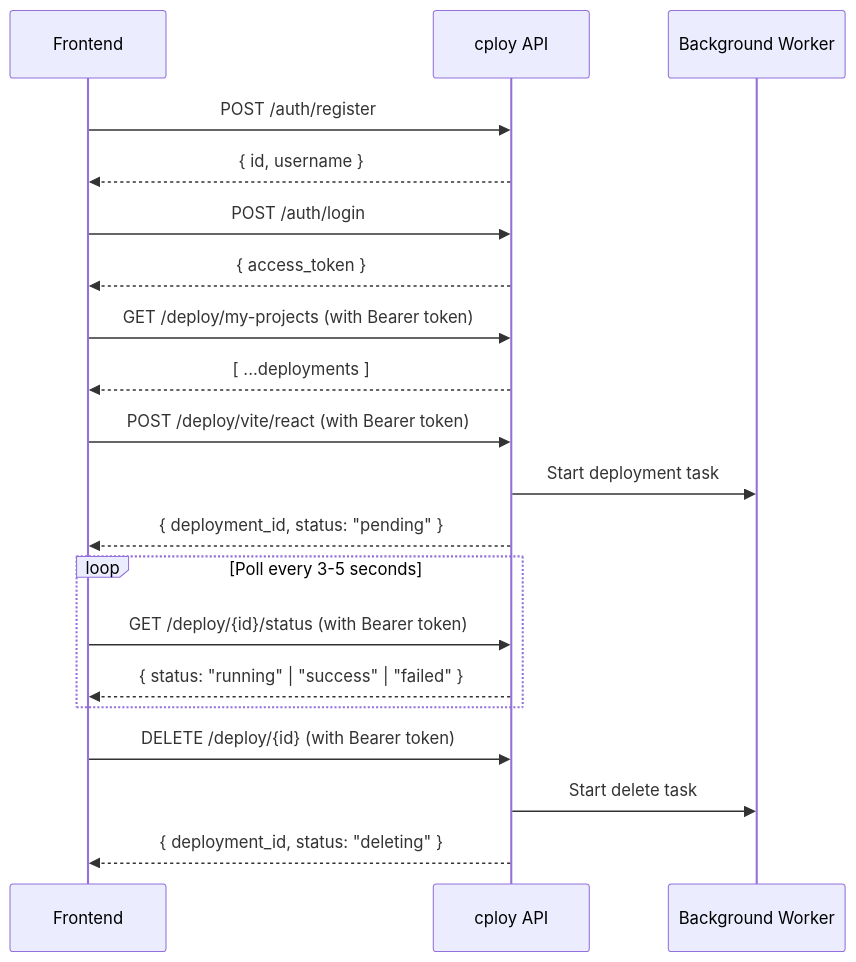
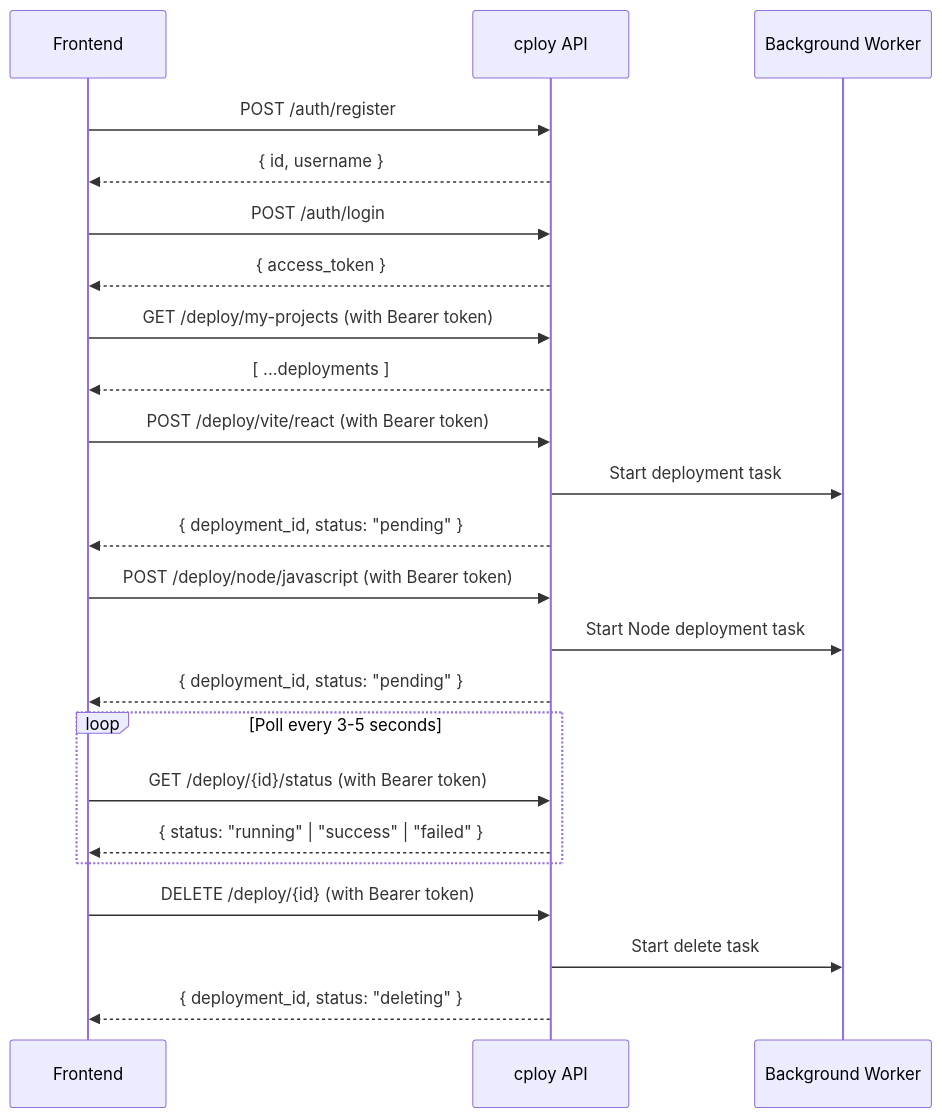
Before and after one commit to Dev-Saurabh-K/deployCode: the first of 2 diagrams in api_documentation.md, drawn with Mermaid. The commit also changed other lines of this file and 6 other files, not shown here.

Commit message:
feat: add Node.js deployment support with associated scripts and documentation

````diff
--- a/api_documentation.md
+++ b/api_documentation.md
@@ -47,28 +48,32 @@
 ```mermaid
 sequenceDiagram
     participant FE as Frontend
     participant API as cploy API
     participant BG as Background Worker
 
     FE->>API: POST /auth/register
     API-->>FE: { id, username }
 
     FE->>API: POST /auth/login
     API-->>FE: { access_token }
 
     FE->>API: GET /deploy/my-projects (with Bearer token)
     API-->>FE: [ ...deployments ]
 
     FE->>API: POST /deploy/vite/react (with Bearer token)
     API->>BG: Start deployment task
     API-->>FE: { deployment_id, status: "pending" }
 
+    FE->>API: POST /deploy/node/javascript (with Bearer token)
+    API->>BG: Start Node deployment task
+    API-->>FE: { deployment_id, status: "pending" }
+
     loop Poll every 3-5 seconds
         FE->>API: GET /deploy/{id}/status (with Bearer token)
         API-->>FE: { status: "running" | "success" | "failed" }
     end
 
     FE->>API: DELETE /deploy/{id} (with Bearer token)
     API->>BG: Start delete task
     API-->>FE: { deployment_id, status: "deleting" }
 ```
````
